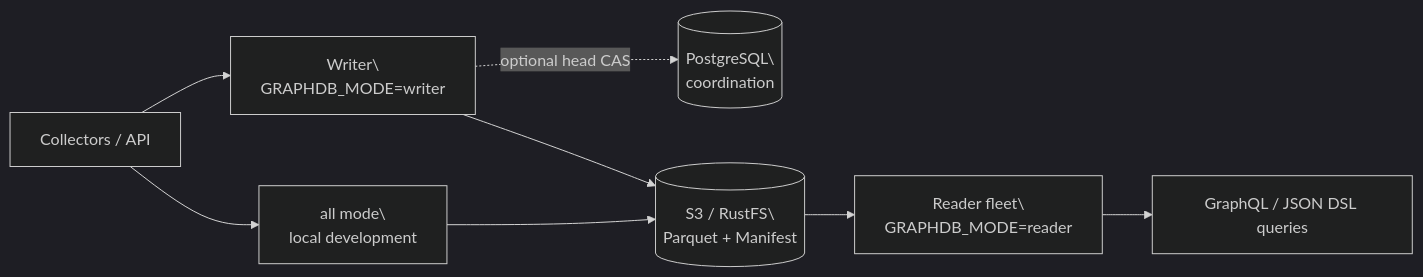
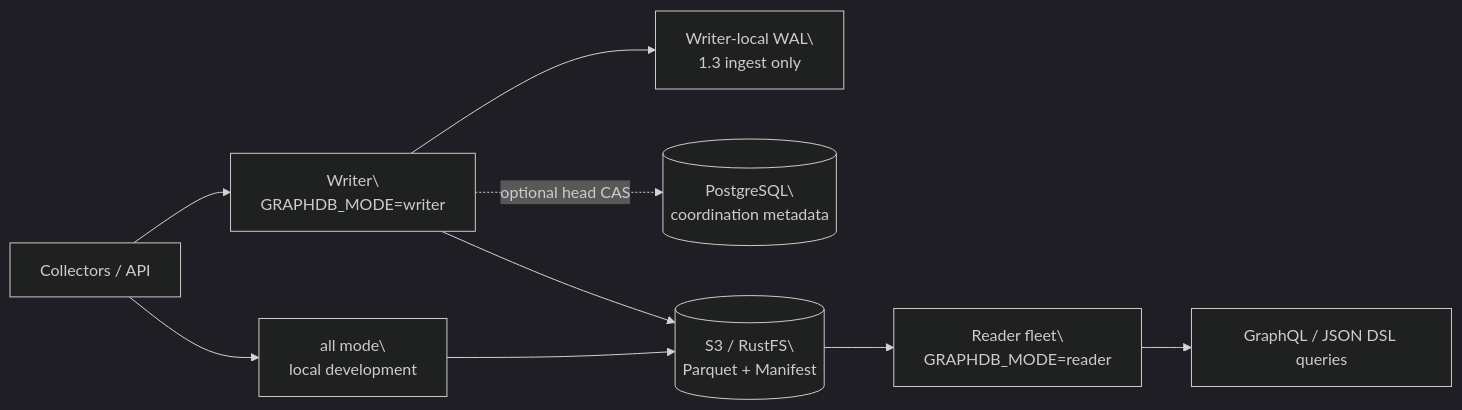
Before and after one commit to SamuelSupe/graphdb: the diagram in README.md, drawn with Mermaid (dark theme). The commit also changed other lines of this file and 64 other files, not shown here.

Commit message:
feat: add PostgreSQL CAS multi-writer ingest WAL

````diff
--- a/README.md
+++ b/README.md
@@ -95,10 +111,11 @@
 ```mermaid
 flowchart LR
   A[Collectors / API] --> W[Writer\\nGRAPHDB_MODE=writer]
-  W -. optional head CAS .-> P[(PostgreSQL\\ncoordination)]
+  W --> W1[Writer-local WAL\\n1.3 ingest only]
+  W -. optional head CAS .-> P[(PostgreSQL\\ncoordination metadata)]
   W --> O[(S3 / RustFS\\nParquet + Manifest)]
   O --> R[Reader fleet\\nGRAPHDB_MODE=reader]
   R --> Q[GraphQL / JSON DSL queries]
   A --> A1[all mode\\nlocal development]
   A1 --> O
 ```
````
